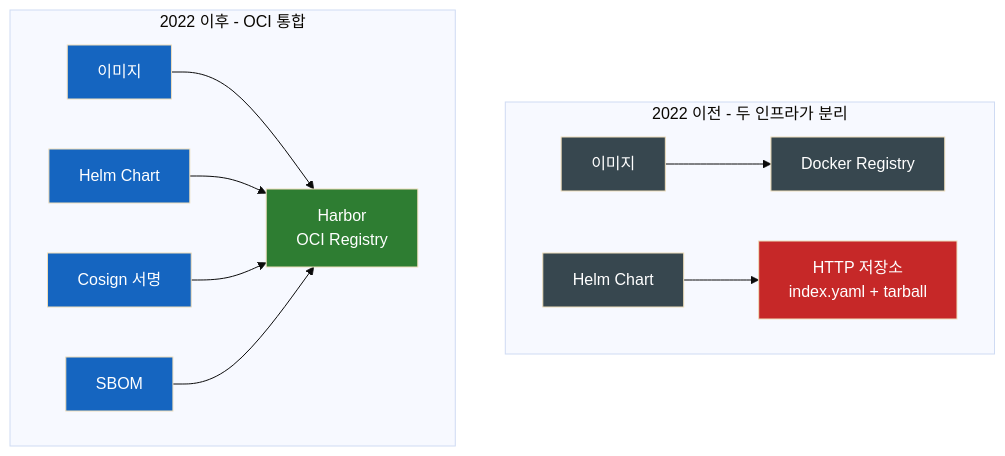
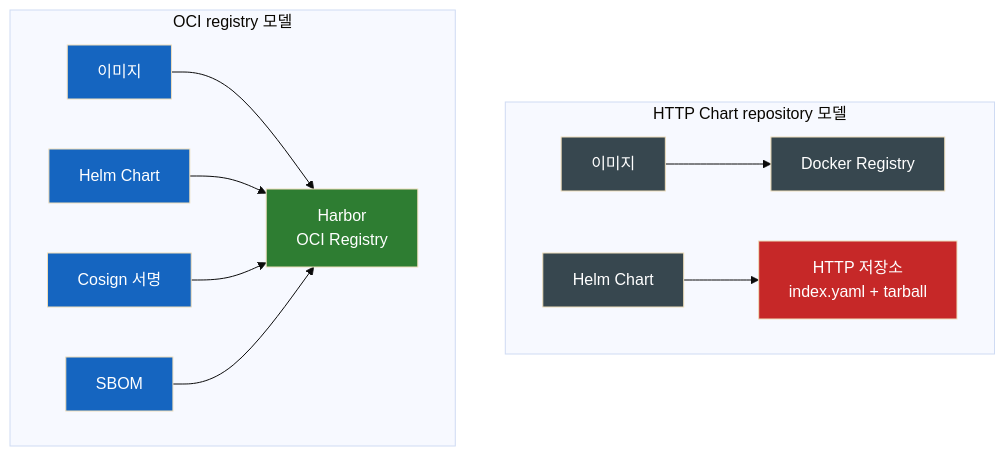
Before and after one commit to sskim91/TIL: the second of 6 diagrams in kubernetes/Helm과-Harbor를-왜-같이-써야-하는가.md, drawn with Mermaid (base theme). The commit also changed other lines of this file and 39 other files, not shown here.

````diff
--- a/kubernetes/Helm과-Harbor를-왜-같이-써야-하는가.md
+++ b/kubernetes/Helm과-Harbor를-왜-같이-써야-하는가.md
@@ -81,24 +87,24 @@
 ```mermaid
 flowchart TB
-    subgraph Before[2022 이전 - 두 인프라가 분리]
+    subgraph Before[HTTP Chart repository 모델]
         Img1[이미지] --> Reg1[Docker Registry]
         Chart1[Helm Chart] --> Http[HTTP 저장소<br>index.yaml + tarball]
     end
 
-    subgraph After[2022 이후 - OCI 통합]
+    subgraph After[OCI registry 모델]
         Img2[이미지] --> Harbor[Harbor<br>OCI Registry]
         Chart2[Helm Chart] --> Harbor
         Sig2[Cosign 서명] --> Harbor
         SBOM[SBOM] --> Harbor
     end
 
     style Reg1 fill:#37474F,color:#fff
     style Http fill:#C62828,color:#fff
     style Harbor fill:#2E7D32,color:#fff
     style Img2 fill:#1565C0,color:#fff
     style Chart2 fill:#1565C0,color:#fff
     style Sig2 fill:#1565C0,color:#fff
     style SBOM fill:#1565C0,color:#fff
     style Img1 fill:#37474F,color:#fff
     style Chart1 fill:#37474F,color:#fff
 ```
````
